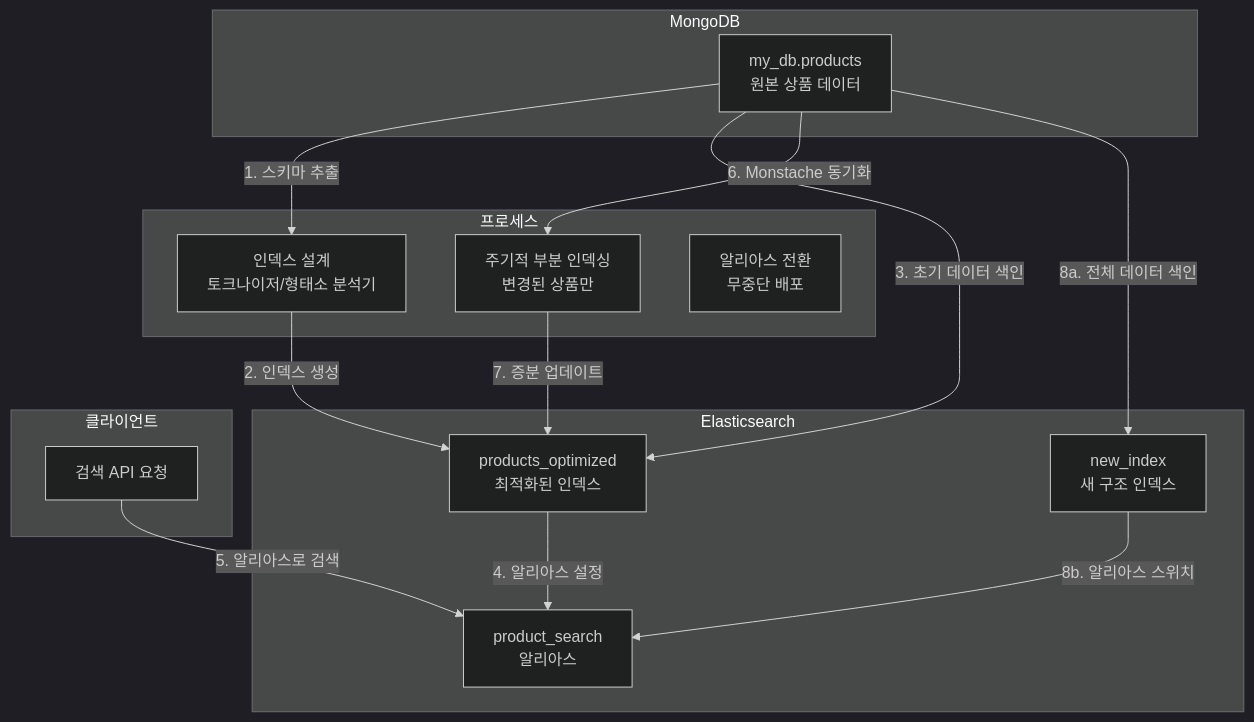
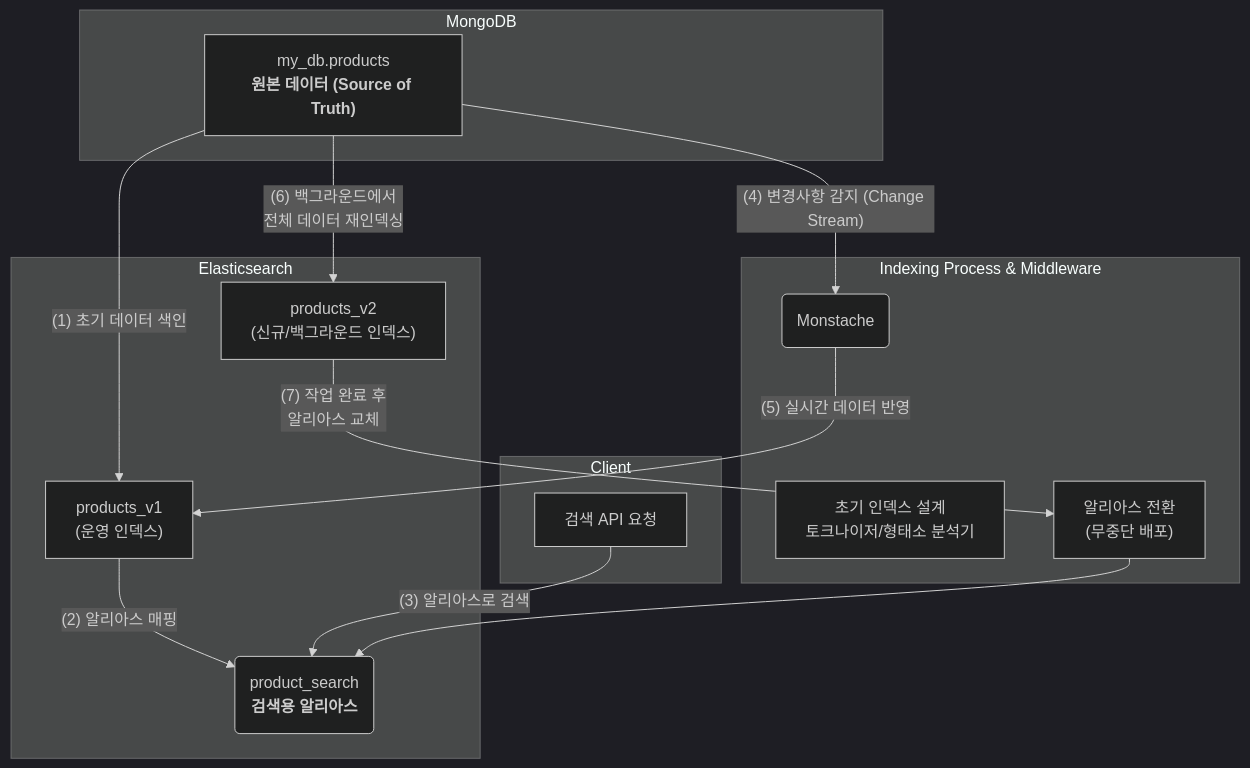
The sixth of 7 diagrams in README.md (Doohwancho/ecommerce_msa), drawn with Mermaid (dark theme) before and after one commit. The commit also changed other lines of this file and 6 other files, not shown here.

````diff
--- a/README.md
+++ b/README.md
@@ -1210,34 +338,42 @@
 ```mermaid
 flowchart TD
-    subgraph MongoDB
-    A[my_db.products\n원본 상품 데이터]
+    %% --- Subgraphs Define (Special characters are quoted) ---
+    subgraph Client
+        E["검색 API 요청"]
     end
 
-    subgraph 프로세스
-    B[인덱스 설계\n토크나이저/형태소 분석기]
-    H[주기적 부분 인덱싱\n변경된 상품만]
-    M[알리아스 전환\n무중단 배포]
+    subgraph MongoDB
+        A["my_db.products<br/><b>원본 데이터 (Source of Truth)</b>"]
+    end
+
+    subgraph "Indexing Process & Middleware"
+        MS("Monstache")
+        B["초기 인덱스 설계<br/>토크나이저/형태소 분석기"]
+        M["알리아스 전환<br/>(무중단 배포)"]
     end
 
     subgraph Elasticsearch
-    C[products_optimized\n최적화된 인덱스]
-    D[product_search\n알리아스]
-    L[new_index\n새 구조 인덱스]
+        C["products_v1<br/>(운영 인덱스)"]
+        L["products_v2<br/>(신규/백그라운드 인덱스)"]
+        D("product_search<br/><b>검색용 알리아스</b>")
     end
 
-    subgraph 클라이언트
-    E[검색 API 요청]
-    end
 
-    A -->|1. 스키마 추출| B
-    B -->|2. 인덱스 생성| C
-    A -->|3. 초기 데이터 색인| C
-    C -->|4. 알리아스 설정| D
-    E -->|5. 알리아스로 검색| D
+    %% --- Flows Define (Labels with special characters are quoted) ---
 
-    A -->|6. Monstache 동기화| H
-    H -->|7. 증분 업데이트| C
+    %% 1. 초기 설정 및 검색 API 흐름
+    A --"(1) 초기 데이터 색인"--> C
+    C --"(2) 알리아스 매핑"--> D
+    E --"(3) 알리아스로 검색"--> D
 
-    A -->|8a. 전체 데이터 색인| L
-    L -->|8b. 알리아스 스위치| D
+
+    %% 2. 실시간 데이터 동기화 (Monstache)
+    A --"(4) 변경사항 감지 (Change Stream)"--> MS
+    MS --"(5) 실시간 데이터 반영"--> C
+
+
+    %% 3. 무중단 재인덱싱 (Blue-Green Deployment)
+    A --"(6) 백그라운드에서<br>전체 데이터 재인덱싱"--> L
+    L --"(7) 작업 완료 후<br>알리아스 교체"--> M
+    M --> D
 ```
````
